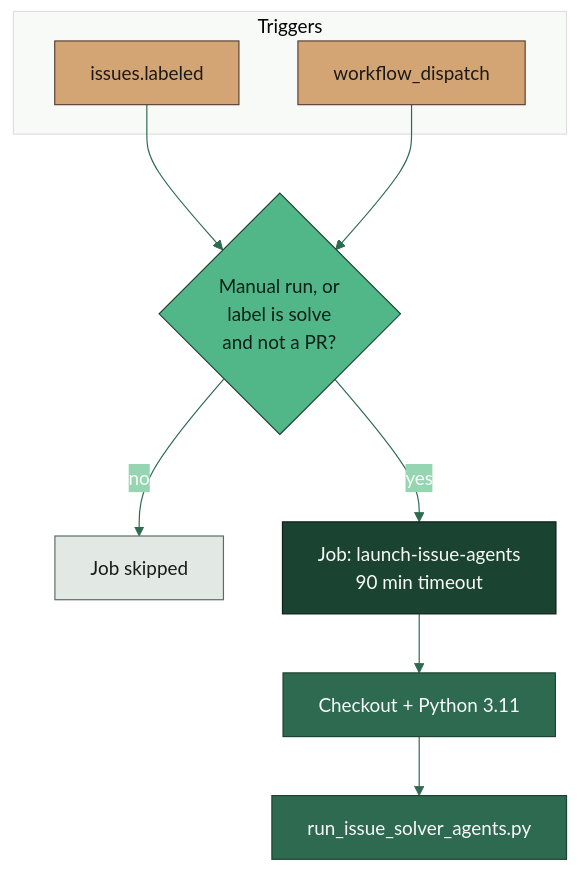
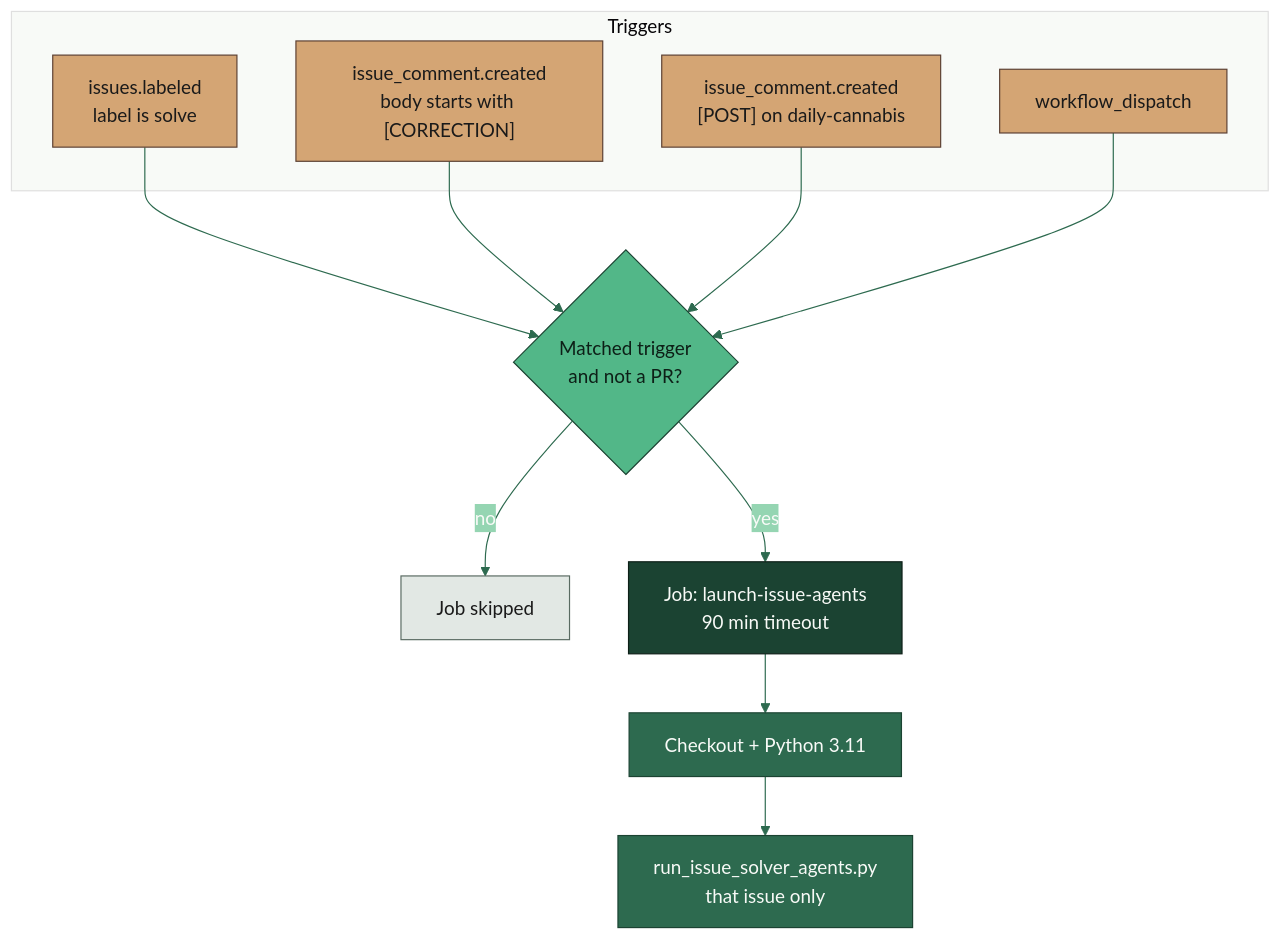
The first of 2 diagrams in docs/workflows/ai-agent.md (HenriqueFStephan/medi-canopy), drawn with Mermaid before and after one commit. The commit also changed other lines of this file and 8 other files, not shown here.

````diff
--- a/docs/workflows/ai-agent.md
+++ b/docs/workflows/ai-agent.md
@@ -9,30 +9,34 @@
 ```mermaid
 %%{init: {'theme':'base','themeVariables':{
   'primaryColor':'#1B4332','primaryTextColor':'#F8FAF7',
   'primaryBorderColor':'#0D1F17','lineColor':'#2D6A4F',
   'secondaryColor':'#95D5B2','tertiaryColor':'#F8FAF7',
   'fontFamily':'system-ui, sans-serif'
 }}}%%
 flowchart TB
   classDef trigger fill:#D4A574,stroke:#5C4033,color:#1A1A1A
   classDef job fill:#1B4332,stroke:#0D1F17,color:#F8FAF7
   classDef decision fill:#52B788,stroke:#1B4332,color:#0D1F17
   classDef skip fill:#E2E8E4,stroke:#5A6B62,color:#1A1A1A
   classDef step fill:#2D6A4F,stroke:#1B4332,color:#F8FAF7
 
   subgraph Triggers["Triggers"]
-    Labeled["issues.labeled"]:::trigger
+    Labeled["issues.labeled<br/>label is solve"]:::trigger
+    Correction["issue_comment.created<br/>body starts with [CORRECTION]"]:::trigger
+    Post["issue_comment.created<br/>[POST] on daily-cannabis"]:::trigger
     Manual["workflow_dispatch"]:::trigger
   end
 
-  Gate{"Manual run, or<br/>label is solve<br/>and not a PR?"}:::decision
+  Gate{"Matched trigger<br/>and not a PR?"}:::decision
   SkipJob["Job skipped"]:::skip
   Job["Job: launch-issue-agents<br/>90 min timeout"]:::job
   Setup["Checkout + Python 3.11"]:::step
-  Script["run_issue_solver_agents.py"]:::step
+  Script["run_issue_solver_agents.py<br/>that issue only"]:::step
 
   Labeled --> Gate
+  Correction --> Gate
+  Post --> Gate
   Manual --> Gate
   Gate -->|no| SkipJob
   Gate -->|yes| Job --> Setup --> Script
 ```
````
